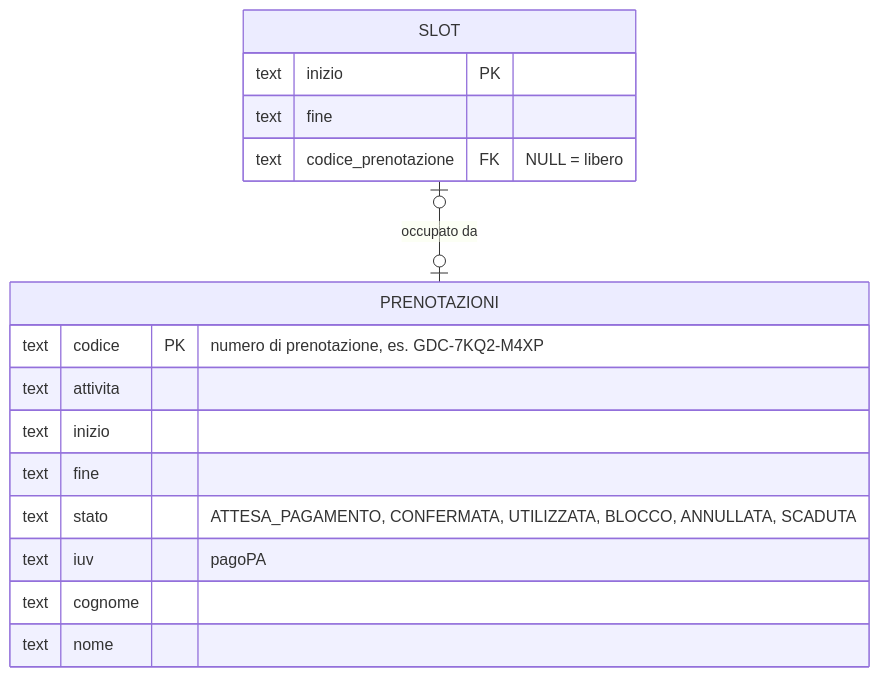
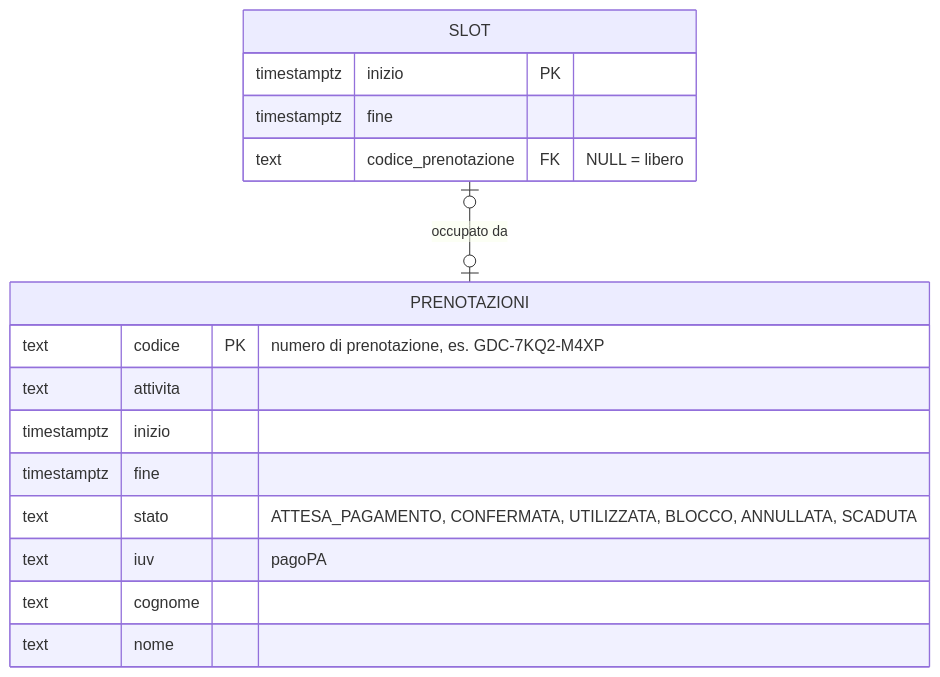
One commit to agent-engineering-studio/spazio-comune changed the second of 3 diagrams in docs/architettura.md. Above: the diagram before and after it, drawn with Mermaid. The commit also changed other lines of this file and 16 other files, not shown here.

````diff
--- a/docs/architettura.md
+++ b/docs/architettura.md
@@ -61,19 +68,19 @@
 ```mermaid
 erDiagram
   PRENOTAZIONI {
     text codice PK "numero di prenotazione, es. GDC-7KQ2-M4XP"
     text attivita
-    text inizio
-    text fine
+    timestamptz inizio
+    timestamptz fine
     text stato "ATTESA_PAGAMENTO, CONFERMATA, UTILIZZATA, BLOCCO, ANNULLATA, SCADUTA"
     text iuv "pagoPA"
     text cognome
     text nome
   }
   SLOT {
-    text inizio PK
-    text fine
+    timestamptz inizio PK
+    timestamptz fine
     text codice_prenotazione FK "NULL = libero"
   }
   SLOT |o--o| PRENOTAZIONI : "occupato da"
 ```
````
